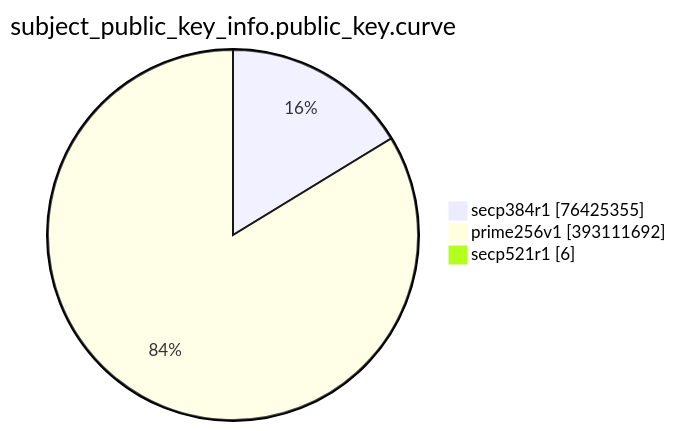
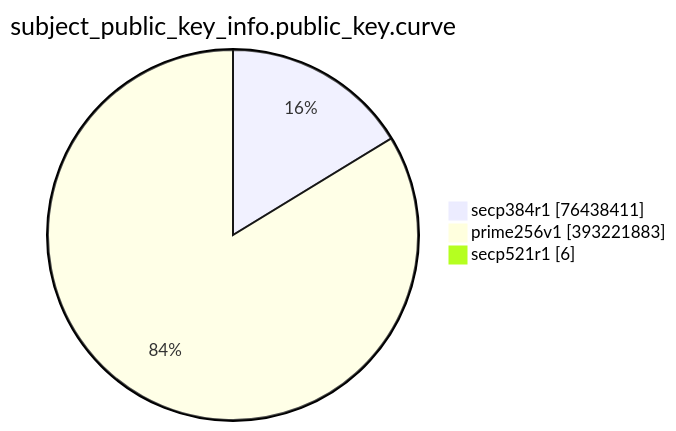
One commit to christiankrug/ctmonitor_visualization changed the eighth of 15 diagrams in TOTAL/README.md. Above: the diagram before and after it, drawn with Mermaid. The commit also changed other lines of this file, not shown here.

````diff
--- a/TOTAL/README.md
+++ b/TOTAL/README.md
@@ -3094,7 +3094,7 @@
 ```mermaid
 pie showData
 title subject_public_key_info.public_key.curve
-"secp384r1" :76425355
-"prime256v1" :393111692
+"secp384r1" :76438411
+"prime256v1" :393221883
 "secp521r1" :6
 ```
````
